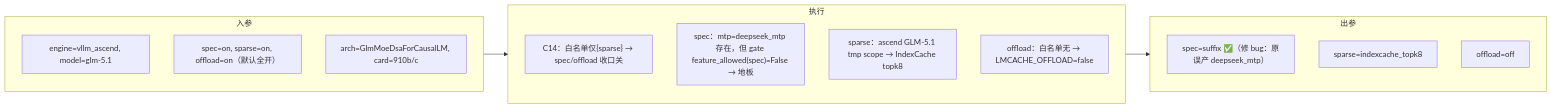
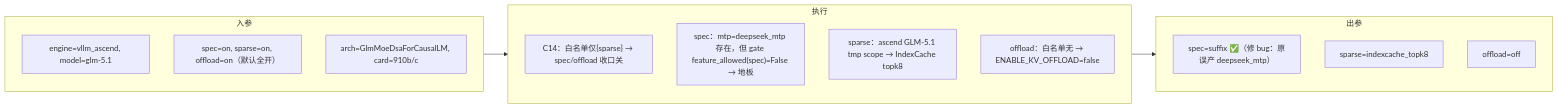
One commit to thegodloy-jpg/wings-control changed the tenth of 18 diagrams in xuqiu/smart/需求一-三特性使能.md. Above: the diagram before and after it, drawn with Mermaid. The commit also changed other lines of this file and 1 other file, not shown here.

````diff
--- a/xuqiu/smart/需求一-三特性使能.md
+++ b/xuqiu/smart/需求一-三特性使能.md
@@ -753,23 +820,23 @@
 ```mermaid
 flowchart LR
   subgraph IN["入参"]
     direction TB
     A1["engine=vllm_ascend, model=glm-5.1"]
     A2["spec=on, sparse=on, offload=on（默认全开）"]
     A3["arch=GlmMoeDsaForCausalLM, card=910b/c"]
   end
   subgraph EXEC["执行"]
     direction TB
     B1["C14：白名单仅{sparse} → spec/offload 收口关"]
     B2["spec：mtp=deepseek_mtp 存在，但 gate feature_allowed(spec)=False → 地板"]
     B3["sparse：ascend GLM-5.1 tmp scope → IndexCache topk8"]
-    B4["offload：白名单无 → LMCACHE_OFFLOAD=false"]
+    B4["offload：白名单无 → ENABLE_KV_OFFLOAD=false"]
   end
   subgraph OUT["出参"]
     direction TB
     C1["spec=suffix ✅（修 bug：原误产 deepseek_mtp）"]
     C2["sparse=indexcache_topk8"]
     C3["offload=off"]
   end
   IN --> EXEC --> OUT
 ```
````
